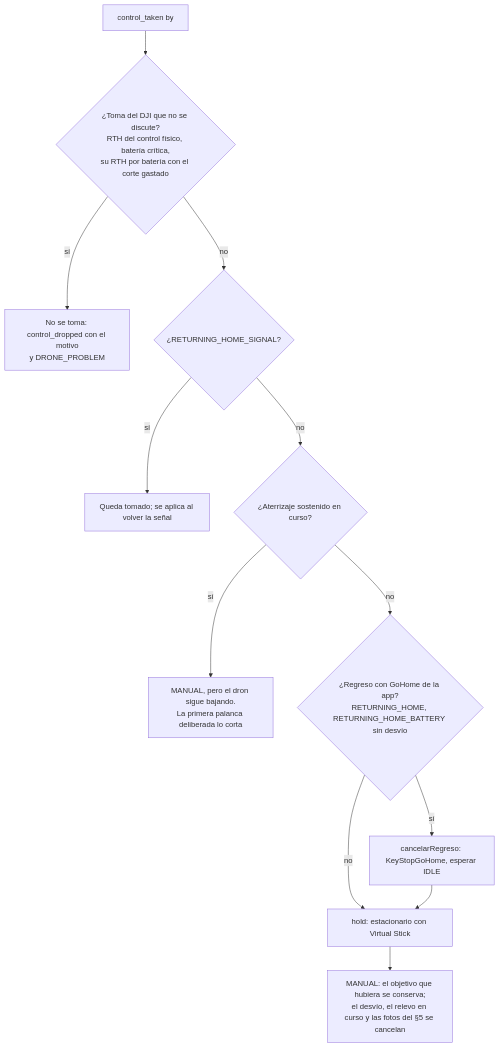
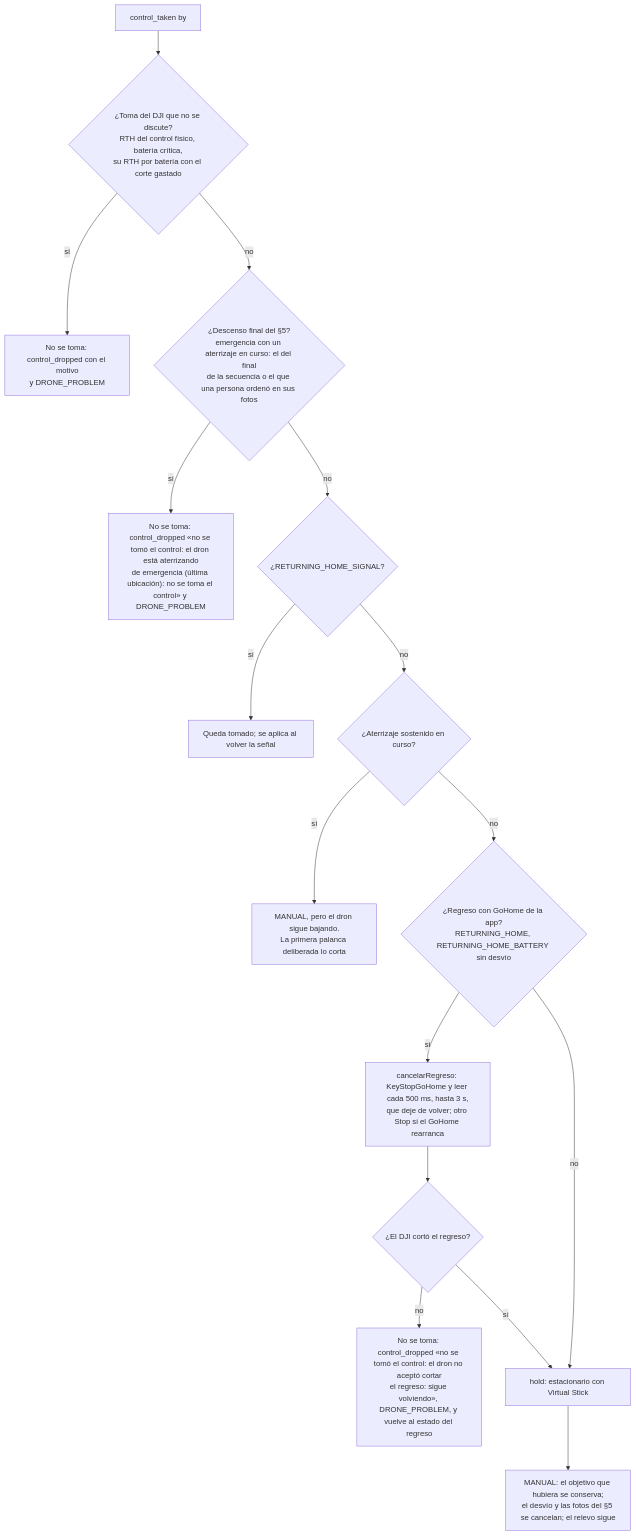
Before and after one commit to NikolasBerntsen/Tesis: the fifth of 5 diagrams in docs/VUELO.md, drawn with Mermaid. The commit also changed other lines of this file and 4 other files, not shown here.

First line of the commit message:
Docs: vuelo, protocolos y relevos con los casos borde del regreso

````diff
--- a/docs/VUELO.md
+++ b/docs/VUELO.md
@@ -276,14 +351,18 @@
 ```mermaid
 flowchart TD
     CT[control_taken by] --> R1{¿Toma del DJI que no se discute?<br/>RTH del control físico, batería crítica,<br/>su RTH por batería con el corte gastado}
     R1 -- sí --> NO[No se toma: control_dropped con el motivo<br/>y DRONE_PROBLEM]
-    R1 -- no --> R2{¿RETURNING_HOME_SIGNAL?}
+    R1 -- no --> R5{¿Descenso final del §5?<br/>emergencia con un aterrizaje en curso: el del final<br/>de la secuencia o el que una persona ordenó en sus fotos}
+    R5 -- sí --> NO5["No se toma: control_dropped «no se tomó el control: el dron está aterrizando<br/>de emergencia (última ubicación): no se toma el control» y DRONE_PROBLEM"]
+    R5 -- no --> R2{¿RETURNING_HOME_SIGNAL?}
     R2 -- sí --> POS[Queda tomado; se aplica al volver la señal]
     R2 -- no --> R3{¿Aterrizaje sostenido en curso?}
     R3 -- sí --> AT[MANUAL, pero el dron sigue bajando.<br/>La primera palanca deliberada lo corta]
     R3 -- no --> R4{¿Regreso con GoHome de la app?<br/>RETURNING_HOME, RETURNING_HOME_BATTERY sin desvío}
-    R4 -- sí --> CR[cancelarRegreso: KeyStopGoHome, esperar IDLE]
+    R4 -- sí --> CR[cancelarRegreso: KeyStopGoHome y leer cada 500 ms, hasta 3 s,<br/>que deje de volver; otro Stop si el GoHome rearranca]
+    CR --> CO{¿El DJI cortó el regreso?}
+    CO -- no --> NC["No se toma: control_dropped «no se tomó el control: el dron no aceptó cortar<br/>el regreso: sigue volviendo», DRONE_PROBLEM, y vuelve al estado del regreso"]
+    CO -- sí --> H
     R4 -- no --> H
-    CR --> H[hold: estacionario con Virtual Stick]
-    H --> MAN[MANUAL: el objetivo que hubiera se conserva;<br/>el desvío, el relevo en curso y las fotos del §5 se cancelan]
+    H[hold: estacionario con Virtual Stick] --> MAN[MANUAL: el objetivo que hubiera se conserva;<br/>el desvío y las fotos del §5 se cancelan; el relevo sigue]
 ```
````
